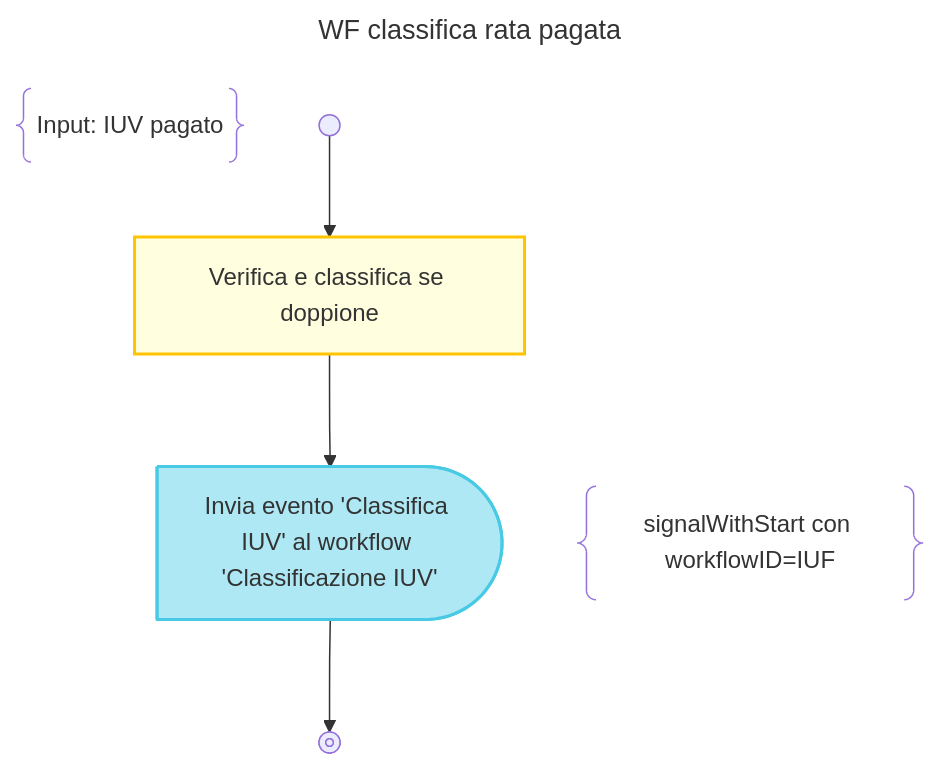
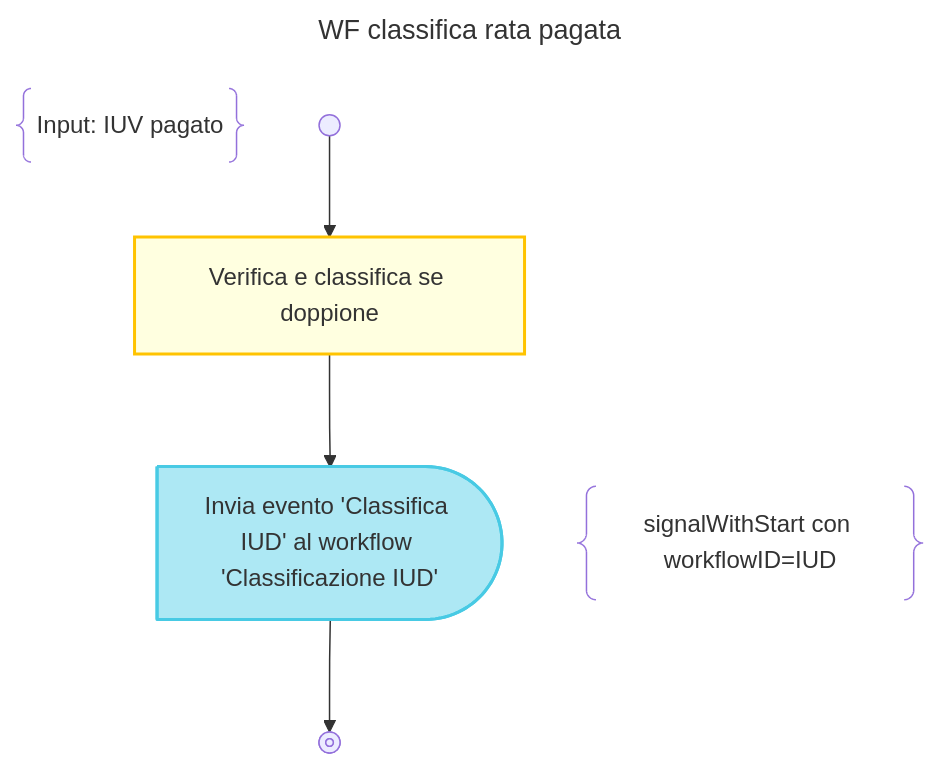
Before and after one commit to pagopa/p4pa-doc: the diagram in design/workflow/classificazioneIncassi/01.ricevutaPagamento.mmd, drawn with Mermaid. The commit also changed 14 other files, not shown here.

```diff
--- a/design/workflow/classificazioneIncassi/01.ricevutaPagamento.mmd
+++ b/design/workflow/classificazioneIncassi/01.ricevutaPagamento.mmd
@@ -1,20 +1,20 @@
 ---
 title: WF classifica rata pagata
 ---
 flowchart TD
     DESCRIPTION@{ shape: braces, label: "Input: IUV pagato" }
     START@{shape: start} --> CLASSIFY_DUPLICATE:::activity@{label: "Verifica e classifica se doppione"}
 
     CLASSIFY_DUPLICATE -->SIGNAL
 
     subgraph SIGNAL_NOTE_BLOCK
-        SIGNAL:::send-signal@{shape: delay, label: "Invia evento 'Classifica IUV' al workflow 'Classificazione IUV'"}
-        SIGNAL_NOTE@{ shape: braces, label: "signalWithStart con workflowID=IUF" }
+        SIGNAL:::send-signal@{shape: delay, label: "Invia evento 'Classifica IUD' al workflow 'Classificazione IUD'"}
+        SIGNAL_NOTE@{ shape: braces, label: "signalWithStart con workflowID=IUD" }
     end
     class SIGNAL_NOTE_BLOCK note_block
 
     SIGNAL --> END@{shape: stop}
 
     classDef note_block display:none;
     classDef activity fill:#FFFFE0, stroke:#ffc300, stroke-width:2px;
     classDef send-signal fill:#ade8f4, stroke:#48cae4, stroke-width:2px
```
